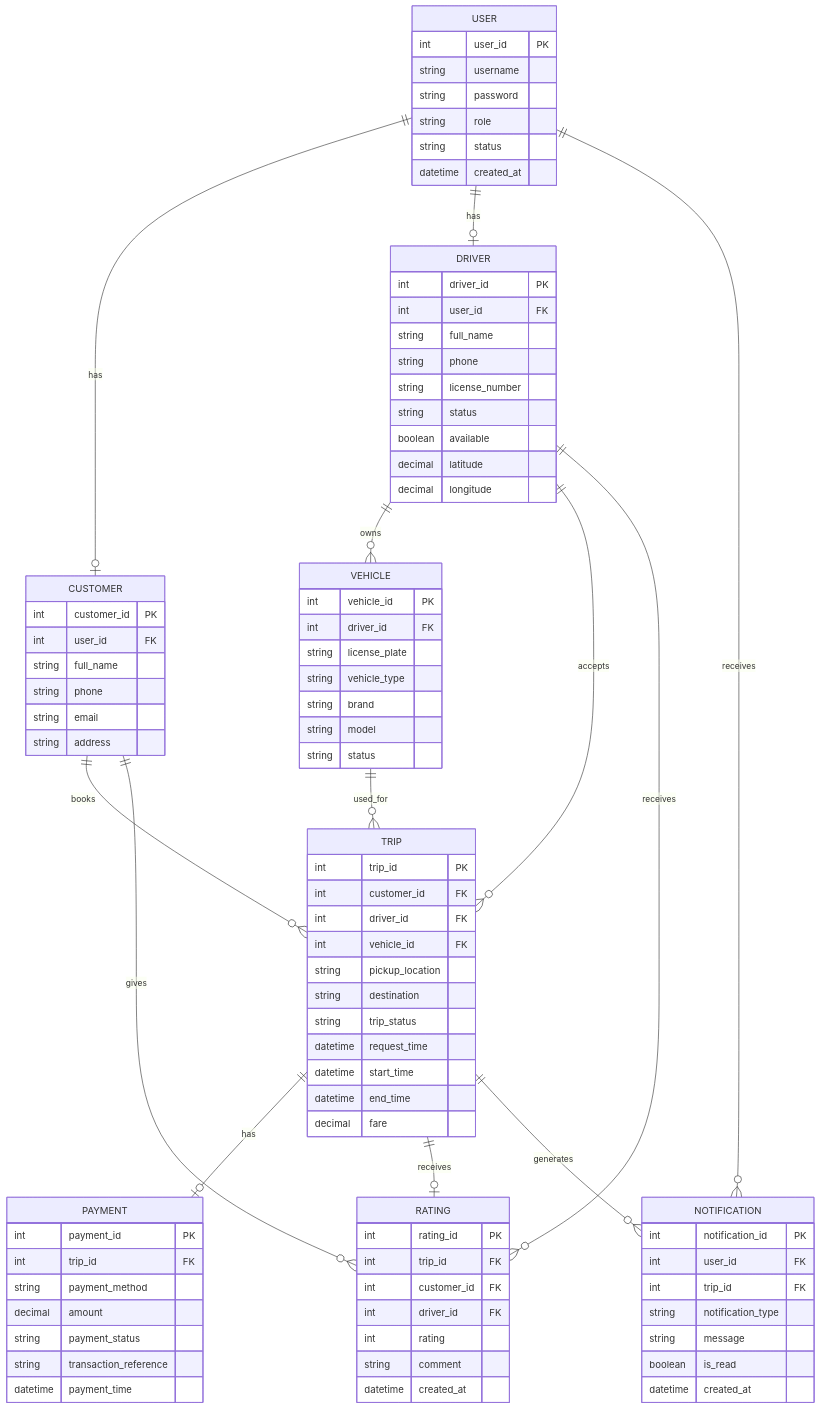
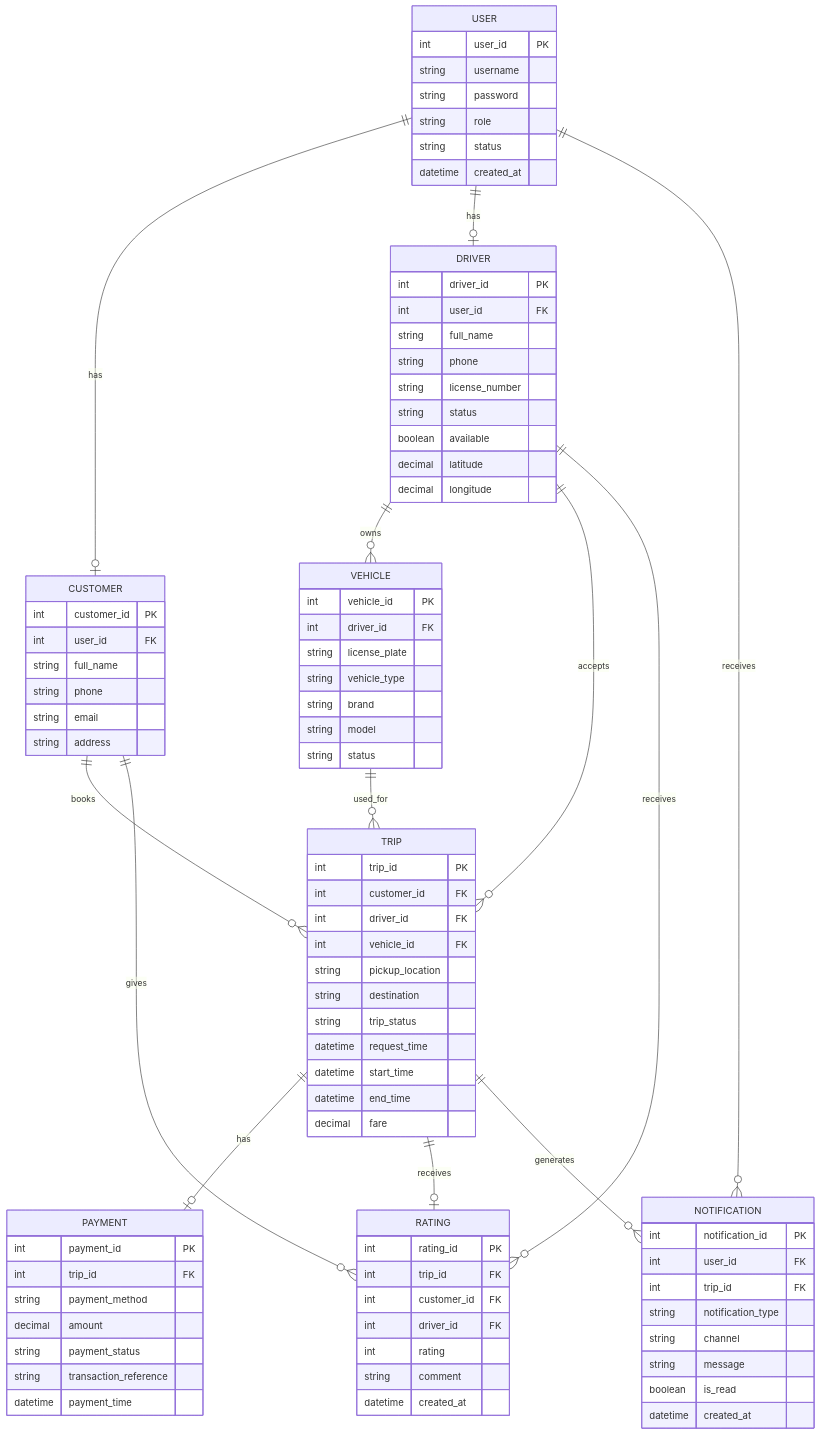
The third of 4 diagrams in srs.md (nthaitoan05/23720891_NguyenThaiToan_CABSYSTEM), drawn with Mermaid before and after one commit. The commit also changed other lines of this file, not shown here.

```diff
--- a/srs.md
+++ b/srs.md
@@ -334,6 +397,7 @@
         int user_id FK
         int trip_id FK
         string notification_type
+        string channel
         string message
         boolean is_read
         datetime created_at
```
